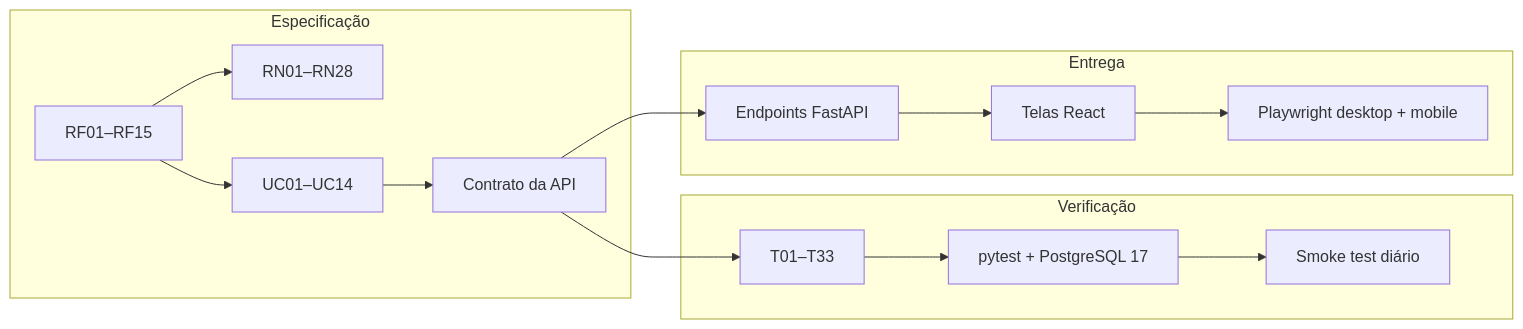
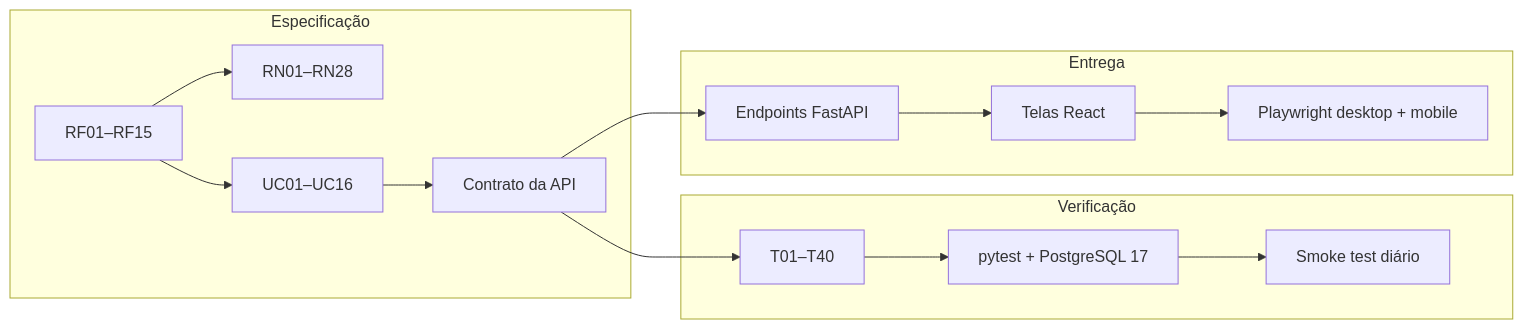
One commit to vsys-val/fastapi-merchant-app changed the diagram in docs/rastreabilidade.md. Above: the diagram before and after it, drawn with Mermaid. The commit also changed other lines of this file and 15 other files, not shown here.

````diff
--- a/docs/rastreabilidade.md
+++ b/docs/rastreabilidade.md
@@ -73,18 +83,18 @@
 ```mermaid
 flowchart LR
   subgraph Especificação
     RF[RF01–RF15] --> RN[RN01–RN28]
-    RF --> UC[UC01–UC14]
+    RF --> UC[UC01–UC16]
     UC --> CT[Contrato da API]
   end
   subgraph Verificação
-    CT --> T[T01–T33]
+    CT --> T[T01–T40]
     T --> PY[pytest + PostgreSQL 17]
     PY --> SM[Smoke test diário]
   end
   subgraph Entrega
     CT --> EP[Endpoints FastAPI]
     EP --> UI[Telas React]
     UI --> E2E[Playwright desktop + mobile]
   end
 ```
````
